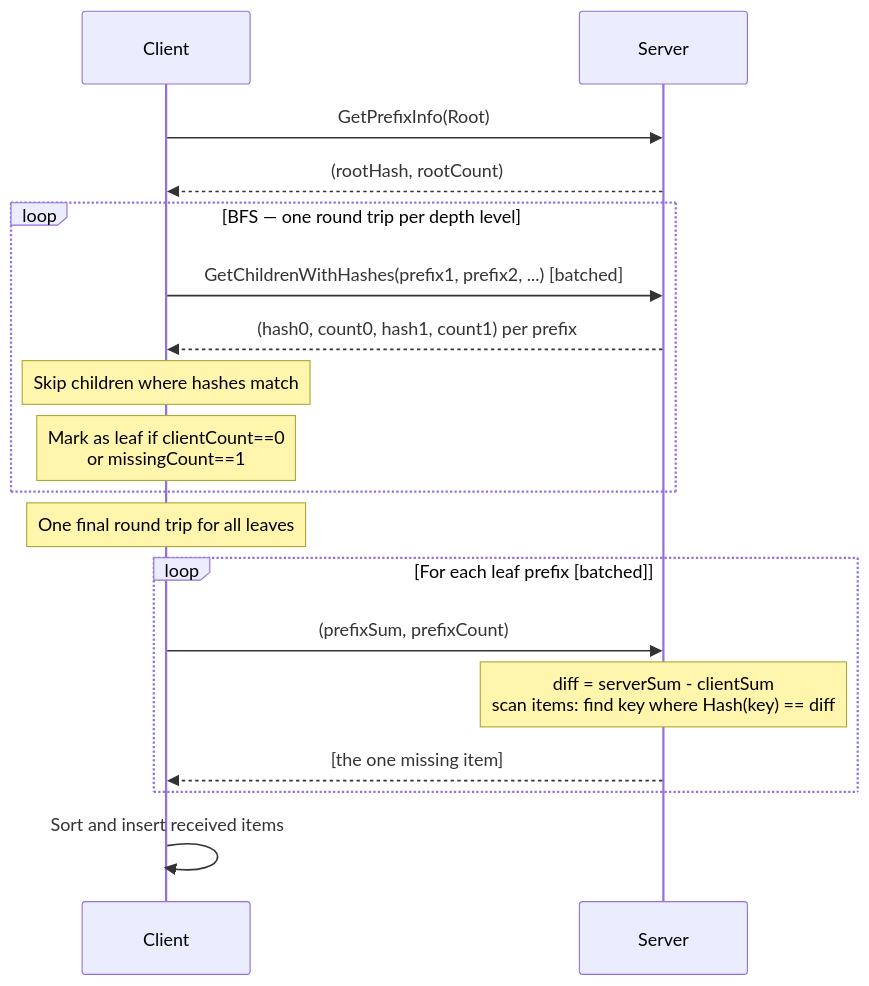
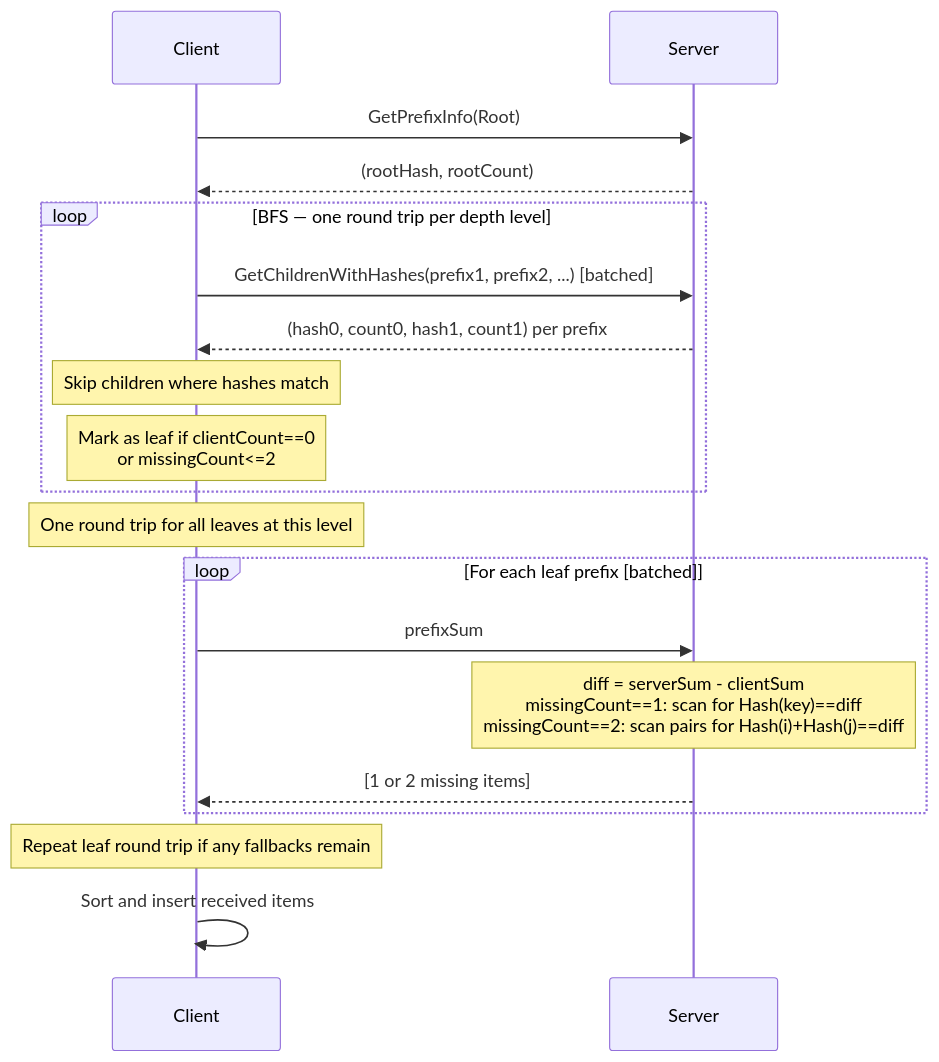
The fourth of 7 diagrams in SetSum/Sync/README.md (arj03/setsum-cs), drawn with Mermaid before and after one commit. The commit also changed other lines of this file and 3 other files, not shown here.

Commit message:
Optimize the case for diff 2 in prefix search

````diff
--- a/SetSum/Sync/README.md
+++ b/SetSum/Sync/README.md
@@ -112,24 +112,25 @@
 ```mermaid
 sequenceDiagram
     participant C as Client
     participant S as Server
 
     C->>S: GetPrefixInfo(Root)
     S-->>C: (rootHash, rootCount)
 
     loop BFS — one round trip per depth level
         C->>S: GetChildrenWithHashes(prefix1, prefix2, ...) [batched]
         S-->>C: (hash0, count0, hash1, count1) per prefix
         Note over C: Skip children where hashes match
-        Note over C: Mark as leaf if clientCount==0<br/>or missingCount==1
+        Note over C: Mark as leaf if clientCount==0<br/>or missingCount<=2
     end
 
-    Note over C: One final round trip for all leaves
+    Note over C: One round trip for all leaves at this level
     loop For each leaf prefix [batched]
-        C->>S: (prefixSum, prefixCount)
-        Note over S: diff = serverSum - clientSum<br/>scan items: find key where Hash(key) == diff
-        S-->>C: [the one missing item]
+        C->>S: prefixSum
+        Note over S: diff = serverSum - clientSum<br/>missingCount==1: scan for Hash(key)==diff<br/>missingCount==2: scan pairs for Hash(i)+Hash(j)==diff
+        S-->>C: [1 or 2 missing items]
     end
 
+    Note over C: Repeat leaf round trip if any fallbacks remain
     C->>C: Sort and insert received items
 ```
````
